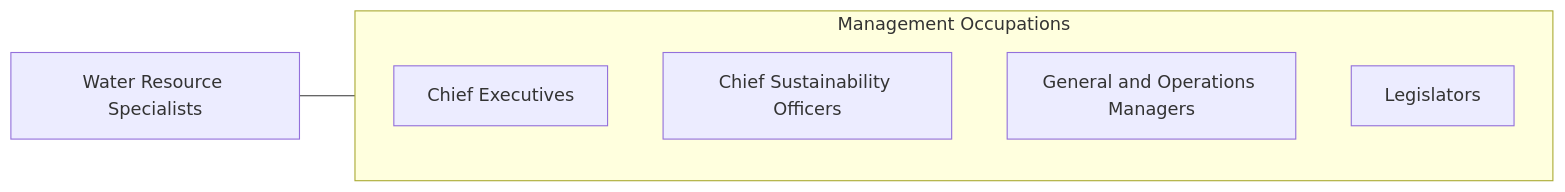
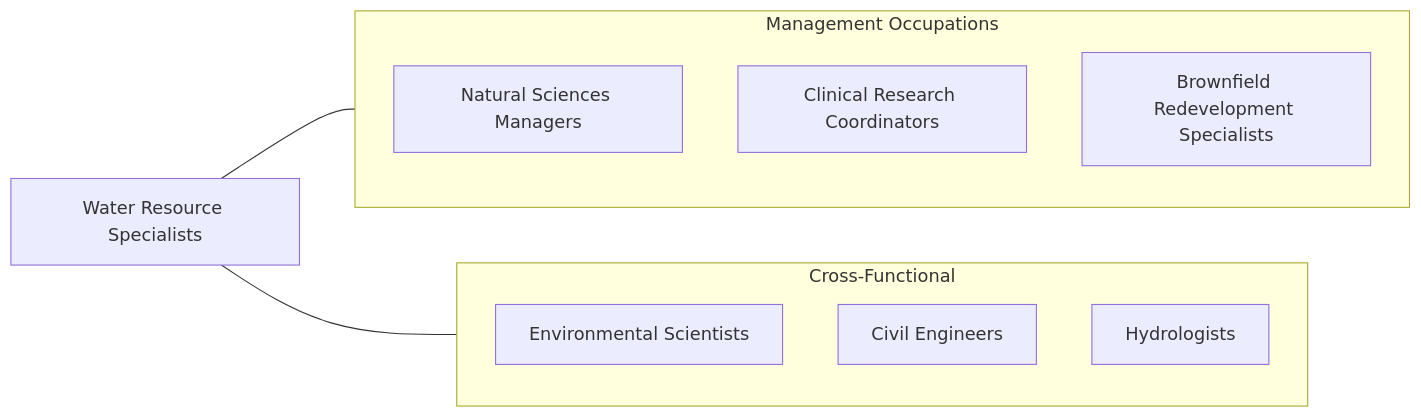
One commit to kziemski/business.org.ai changed the fourth of 4 diagrams in occupations/Management/WaterResourceSpecialists.mdx. Above: the diagram before and after it, drawn with Mermaid. The commit also changed other lines of this file and 938 other files, not shown here.

````diff
--- a/occupations/Management/WaterResourceSpecialists.mdx
+++ b/occupations/Management/WaterResourceSpecialists.mdx
@@ -111,13 +162,19 @@
 ```mermaid
 graph LR
-    Current["Water Resource Specialists"]
+    WRS["Water Resource Specialists"]
 
     subgraph SameCategory["Management Occupations"]
-        ChiefExecutives["Chief Executives"]
-        ChiefSustainabilityO["Chief Sustainability Officers"]
-        GeneralAndOperations["General and Operations Managers"]
-        Legislators["Legislators"]
+        NSM["Natural Sciences Managers"]
+        CRC["Clinical Research Coordinators"]
+        BRS["Brownfield Redevelopment Specialists"]
     end
 
-    Current --- SameCategory
+    subgraph CrossFunctional["Cross-Functional"]
+        ES["Environmental Scientists"]
+        CE["Civil Engineers"]
+        Hyd["Hydrologists"]
+    end
+
+    WRS --- SameCategory
+    WRS --- CrossFunctional
 ```
````
